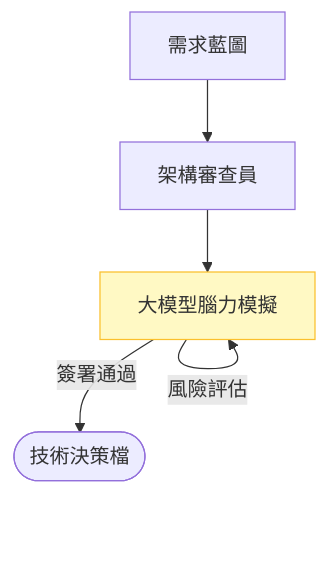
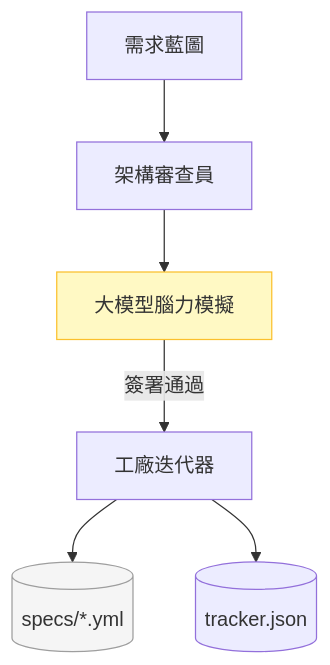
The third of 4 diagrams in docs/FACTORY_WORKFLOW.qmd (tibame201020/app-generator), drawn with Mermaid before and after one commit. The commit also changed other lines of this file and 6 other files, not shown here.

````diff
--- a/docs/FACTORY_WORKFLOW.qmd
+++ b/docs/FACTORY_WORKFLOW.qmd
@@ -93,9 +60,11 @@
 ```{mermaid}
 graph TD
     In[需求藍圖] --> Arch[架構審查員]
     Arch --> Sim[大模型腦力模擬]
-    Sim -- 風險評估 --> Sim
-    Sim -- 簽署通過 --> Out([技術決策檔])
-    
+    Sim -- 簽署通過 --> Iter[工廠迭代器]
+    Iter --> Specs[(specs/*.yml)]
+    Iter --> Track[(tracker.json)]
+
     style Sim fill:#fff9c4,stroke:#fbc02d
+    style Specs fill:#f5f5f5,stroke:#9e9e9e
 ```
````
